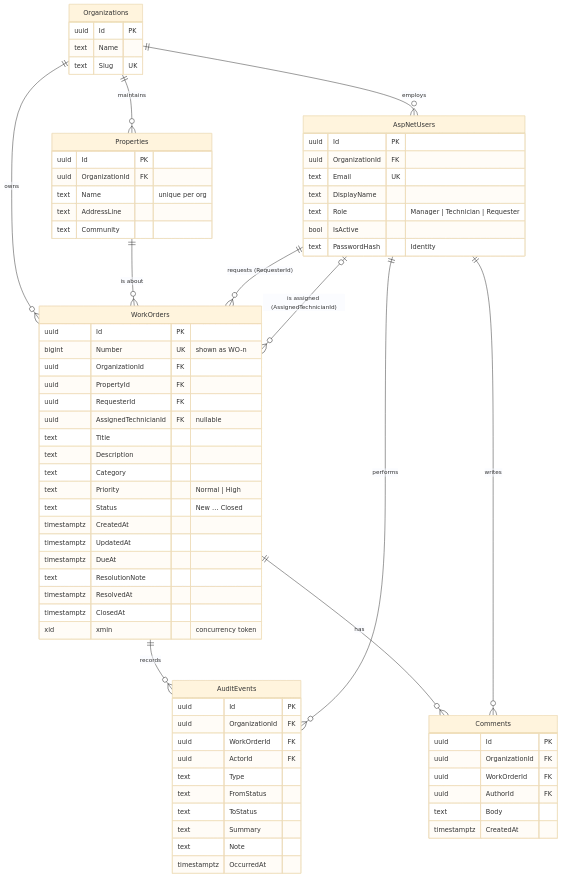
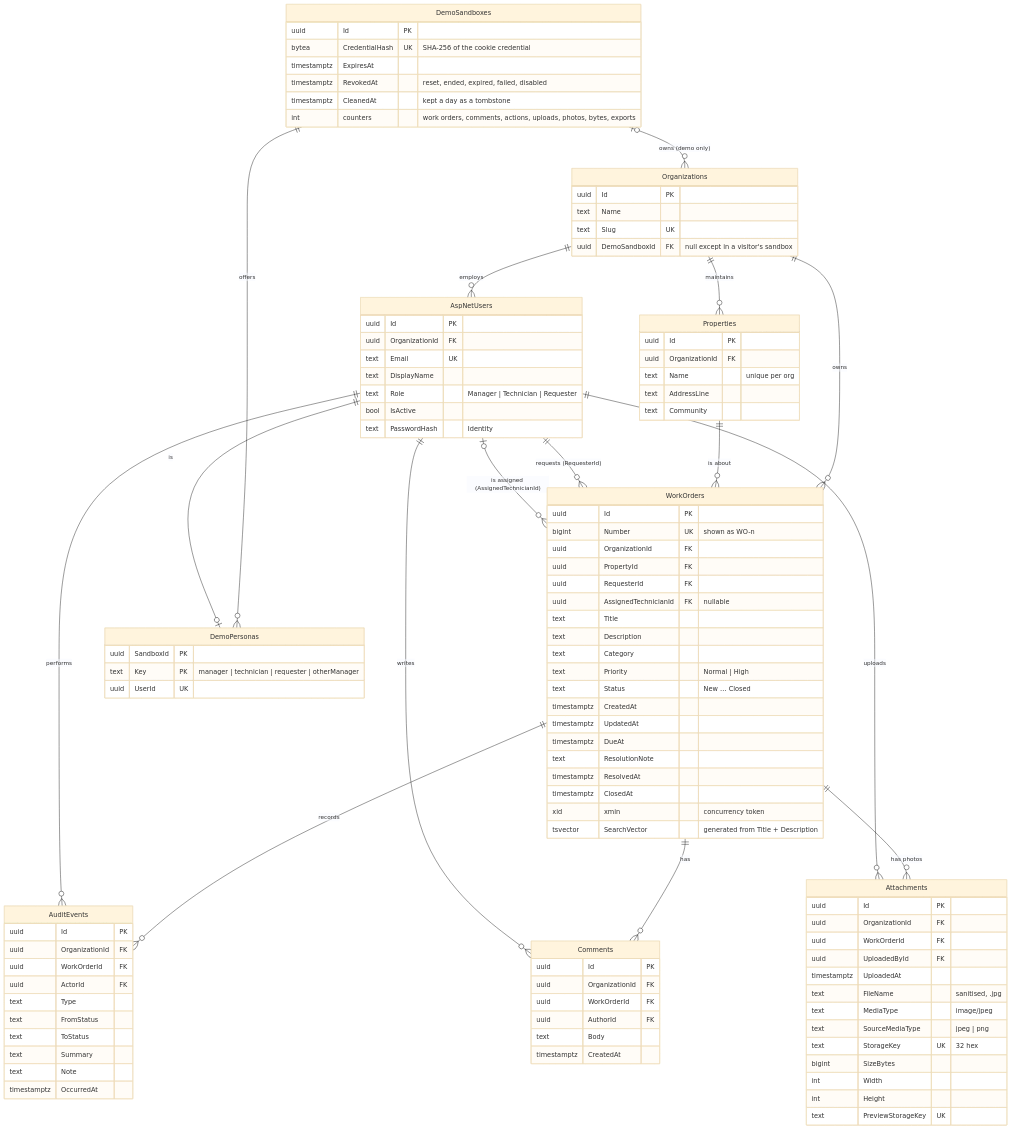
One commit to beaprogram/harbourops changed the second of 8 diagrams in docs/architecture.md. Above: the diagram before and after it, drawn with Mermaid (base theme). The commit also changed other lines of this file and 202 other files, not shown here.

```diff
--- a/docs/architecture.md
+++ b/docs/architecture.md
@@ -94,11 +106,30 @@
     AspNetUsers ||--o{ AuditEvents : performs
     WorkOrders ||--o{ Comments : has
     AspNetUsers ||--o{ Comments : writes
+    WorkOrders ||--o{ Attachments : "has photos"
+    AspNetUsers ||--o{ Attachments : uploads
+    DemoSandboxes |o--o{ Organizations : "owns (demo only)"
+    DemoSandboxes ||--o{ DemoPersonas : offers
+    AspNetUsers ||--o| DemoPersonas : "is"
 
     Organizations {
         uuid Id PK
         text Name
         text Slug UK
+        uuid DemoSandboxId FK "null except in a visitor's sandbox"
+    }
+    DemoSandboxes {
+        uuid Id PK
+        bytea CredentialHash UK "SHA-256 of the cookie credential"
+        timestamptz ExpiresAt
+        timestamptz RevokedAt "reset, ended, expired, failed, disabled"
+        timestamptz CleanedAt "kept a day as a tombstone"
+        int counters "work orders, comments, actions, uploads, photos, bytes, exports"
+    }
+    DemoPersonas {
+        uuid SandboxId PK
+        text Key PK "manager | technician | requester | otherManager"
+        uuid UserId UK
     }
     AspNetUsers {
         uuid Id PK
@@ -135,6 +166,7 @@
         timestamptz ResolvedAt
         timestamptz ClosedAt
         xid xmin "concurrency token"
+        tsvector SearchVector "generated from Title + Description"
     }
     AuditEvents {
         uuid Id PK
@@ -148,6 +180,21 @@
         text Note
         timestamptz OccurredAt
     }
+    Attachments {
+        uuid Id PK
+        uuid OrganizationId FK
+        uuid WorkOrderId FK
+        uuid UploadedById FK
+        timestamptz UploadedAt
+        text FileName "sanitised, .jpg"
+        text MediaType "image/jpeg"
+        text SourceMediaType "jpeg | png"
+        text StorageKey UK "32 hex"
+        bigint SizeBytes
+        int Width
+        int Height
+        text PreviewStorageKey UK
+    }
     Comments {
         uuid Id PK
         uuid OrganizationId FK
```
